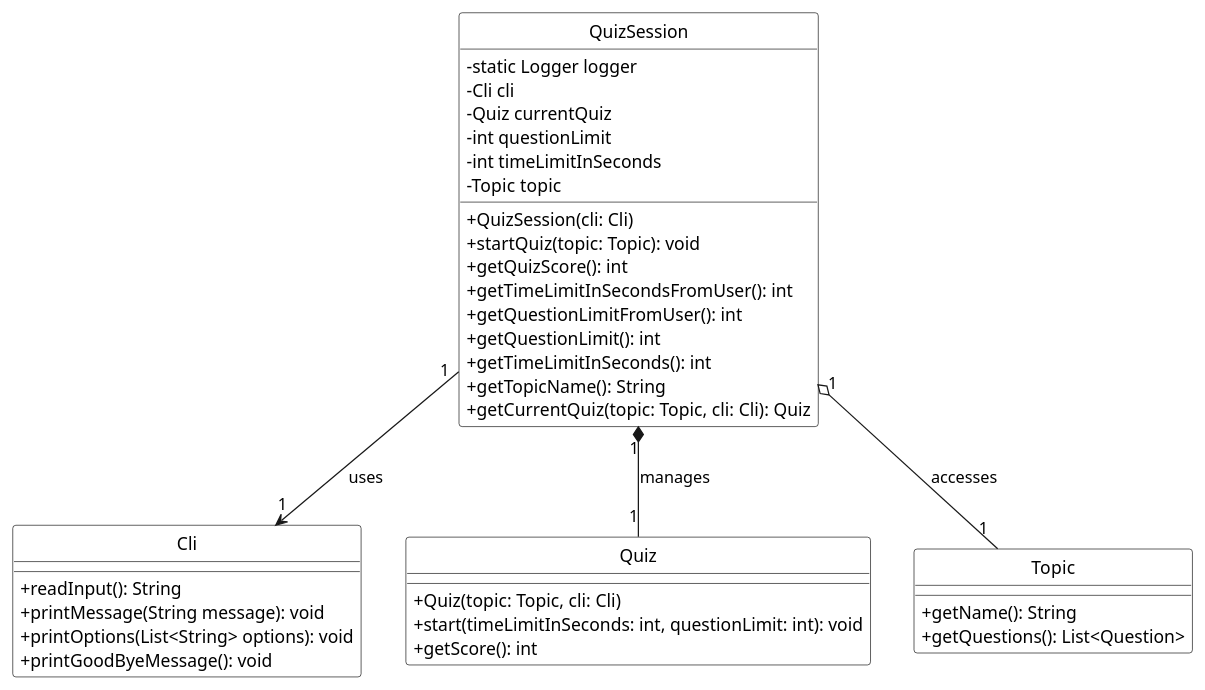
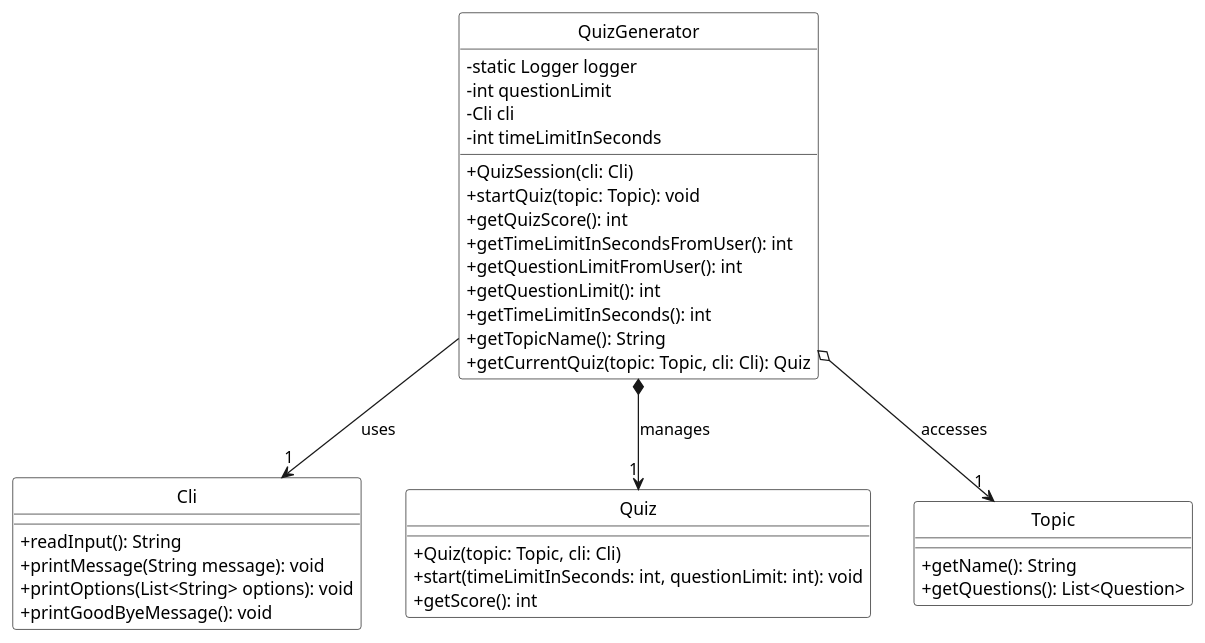
One commit to nus-cs2113-AY2425S1/tp changed the diagram in docs/UML/puml-files/QuizSession/QuizSessionClassDiagram.puml. Above: the diagram before and after it, drawn with PlantUML. The commit also changed 23 other files, not shown here.

```diff
--- a/docs/UML/puml-files/QuizSession/QuizSessionClassDiagram.puml
+++ b/docs/UML/puml-files/QuizSession/QuizSessionClassDiagram.puml
@@ -1,53 +1,51 @@
 @startuml
 hide stereotype
 hide circle
 
 skinparam classAttributeIconSize 0
 skinparam class {
     BackgroundColor White
     BorderColor Black
     FontColor Black
 }
 
 class Cli {
     + readInput(): String
     + printMessage(String message): void
     + printOptions(List<String> options): void
     + printGoodByeMessage(): void
 }
 
-class QuizSession {
+class QuizGenerator {
     - static Logger logger
+    - int questionLimit
     - Cli cli
-    - Quiz currentQuiz
-    - int questionLimit
     - int timeLimitInSeconds
-    - Topic topic
 
     + QuizSession(cli: Cli)
     + startQuiz(topic: Topic): void
     + getQuizScore(): int
     + getTimeLimitInSecondsFromUser(): int
     + getQuestionLimitFromUser(): int
     + getQuestionLimit(): int
     + getTimeLimitInSeconds(): int
     + getTopicName(): String
     + getCurrentQuiz(topic: Topic, cli: Cli): Quiz
 }
 
 class Quiz {
     + Quiz(topic: Topic, cli: Cli)
     + start(timeLimitInSeconds: int, questionLimit: int): void
     + getScore(): int
 }
 
 class Topic {
     + getName(): String
     + getQuestions(): List<Question>
 }
 
-QuizSession "1" *-- "1" Quiz : manages
-QuizSession "1" --> "1" Cli : uses
-QuizSession "1" o-- "1" Topic : accesses
+QuizGenerator *--> "1" Quiz : manages
+QuizGenerator --> "1" Cli : uses
+QuizGenerator o--> "1" Topic : accesses
 
 @enduml
```
